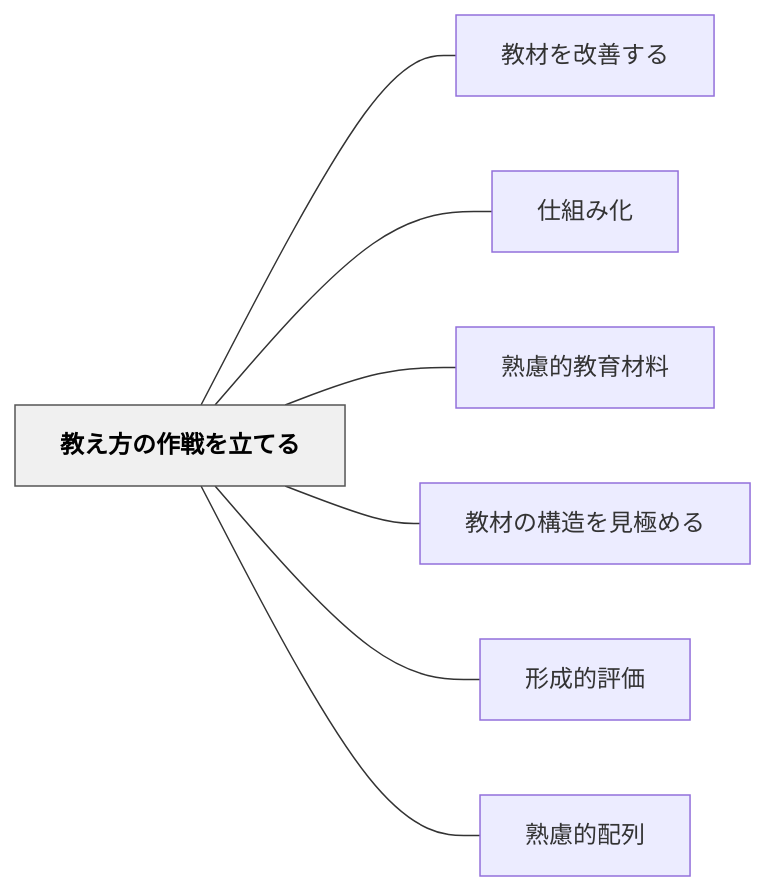
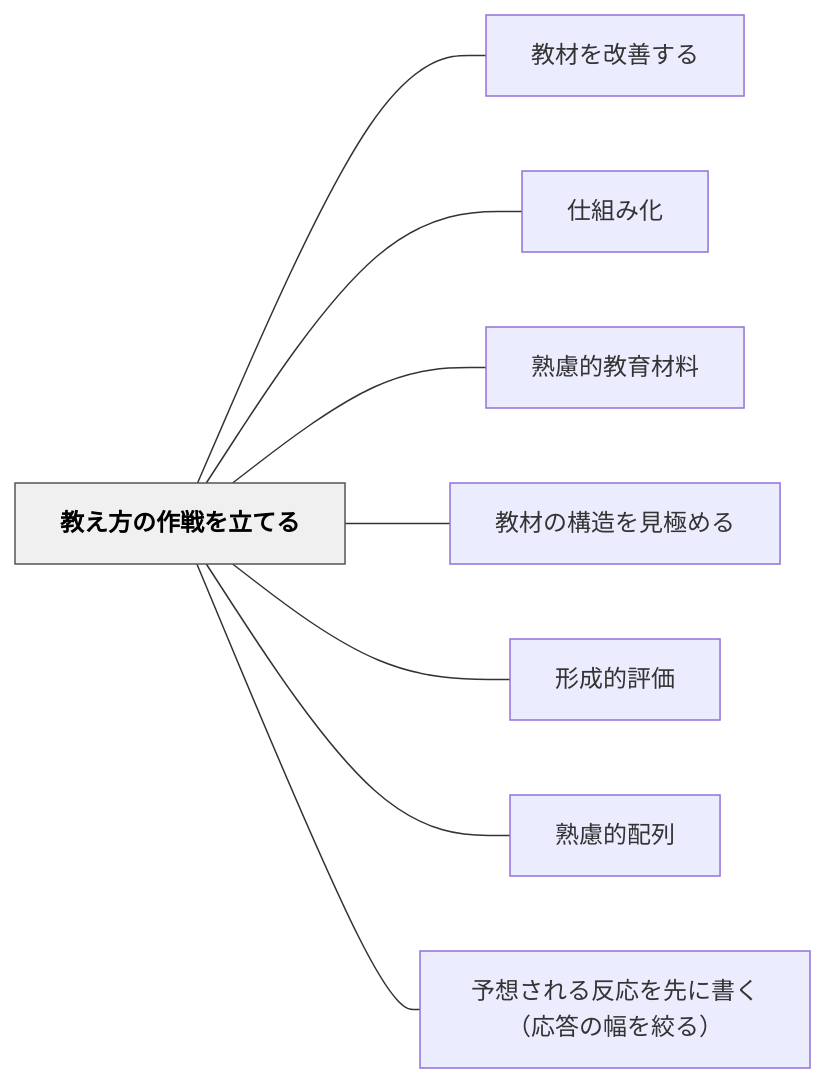
One commit to unknownthings-ed-patterns/unknownthings-ed-patterns changed the diagram in content/パタン/教え方の作戦を立てる.md. Above: the diagram before and after it, drawn with Mermaid. The commit also changed other lines of this file and 84 other files, not shown here.

````diff
--- a/content/パタン/教え方の作戦を立てる.md
+++ b/content/パタン/教え方の作戦を立てる.md
@@ -46,20 +48,22 @@
 ```mermaid
 flowchart LR
     ne69599e38188e696b9e381aee4bd9ce688a6e38292e7ab8be381a6e3828b["教え方の作戦を立てる"]
     ne69599e69d90e38292e694b9e59684e38199e3828b["教材を改善する"]
     ne4bb95e7b584e381bfe58c96["仕組み化"]
     ne7869fe685aee79a84e69599e882b2e69d90e69699["熟慮的教育材料"]
     ne69599e69d90e381aee6a78be980a0e38292e8a68be6a5b5e38281e3828b["教材の構造を見極める"]
     ne5bda2e68890e79a84e8a995e4bea1["形成的評価"]
     ne7869fe685aee79a84e9858de58897["熟慮的配列"]
+    ne4ba88e683b3e38195e3828ce3828be58f8de5bf9ce38292e58588e381abe69bb8e3818fefbc88e5bf9ce7ad94e381aee5b985e38292e7b59ee3828befbc89["予想される反応を先に書く（応答の幅を絞る）"]
 
     ne69599e38188e696b9e381aee4bd9ce688a6e38292e7ab8be381a6e3828b --- ne69599e69d90e38292e694b9e59684e38199e3828b
     ne69599e38188e696b9e381aee4bd9ce688a6e38292e7ab8be381a6e3828b --- ne4bb95e7b584e381bfe58c96
     ne69599e38188e696b9e381aee4bd9ce688a6e38292e7ab8be381a6e3828b --- ne7869fe685aee79a84e69599e882b2e69d90e69699
     ne69599e38188e696b9e381aee4bd9ce688a6e38292e7ab8be381a6e3828b --- ne69599e69d90e381aee6a78be980a0e38292e8a68be6a5b5e38281e3828b
     ne69599e38188e696b9e381aee4bd9ce688a6e38292e7ab8be381a6e3828b --- ne5bda2e68890e79a84e8a995e4bea1
     ne69599e38188e696b9e381aee4bd9ce688a6e38292e7ab8be381a6e3828b --- ne7869fe685aee79a84e9858de58897
+    ne69599e38188e696b9e381aee4bd9ce688a6e38292e7ab8be381a6e3828b --- ne4ba88e683b3e38195e3828ce3828be58f8de5bf9ce38292e58588e381abe69bb8e3818fefbc88e5bf9ce7ad94e381aee5b985e38292e7b59ee3828befbc89
 
     classDef hub fill:#f0f0f0,stroke:#555,color:#000,font-weight:bold
     class ne69599e38188e696b9e381aee4bd9ce688a6e38292e7ab8be381a6e3828b hub
 ```
````
